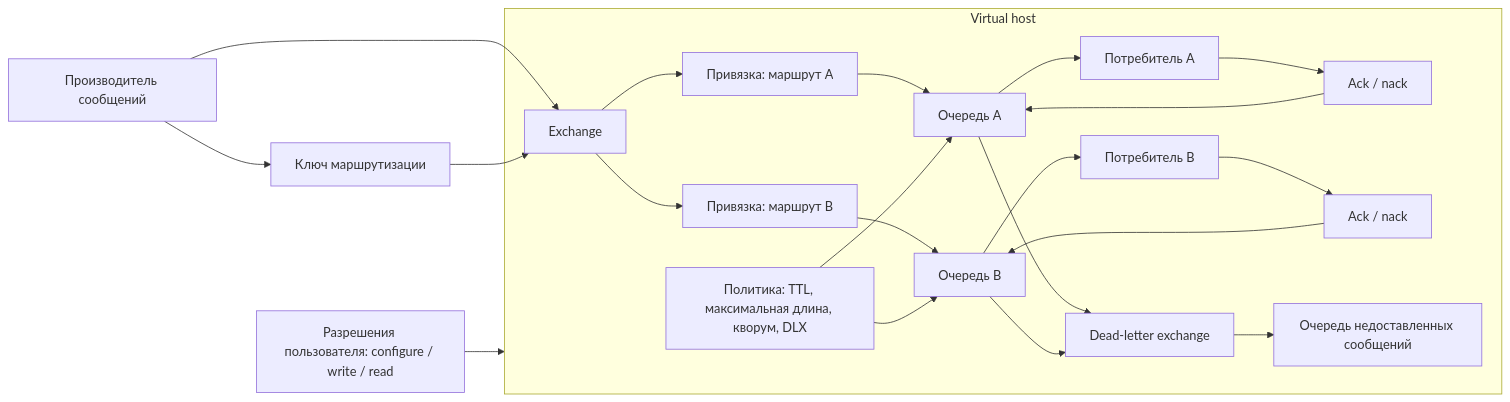
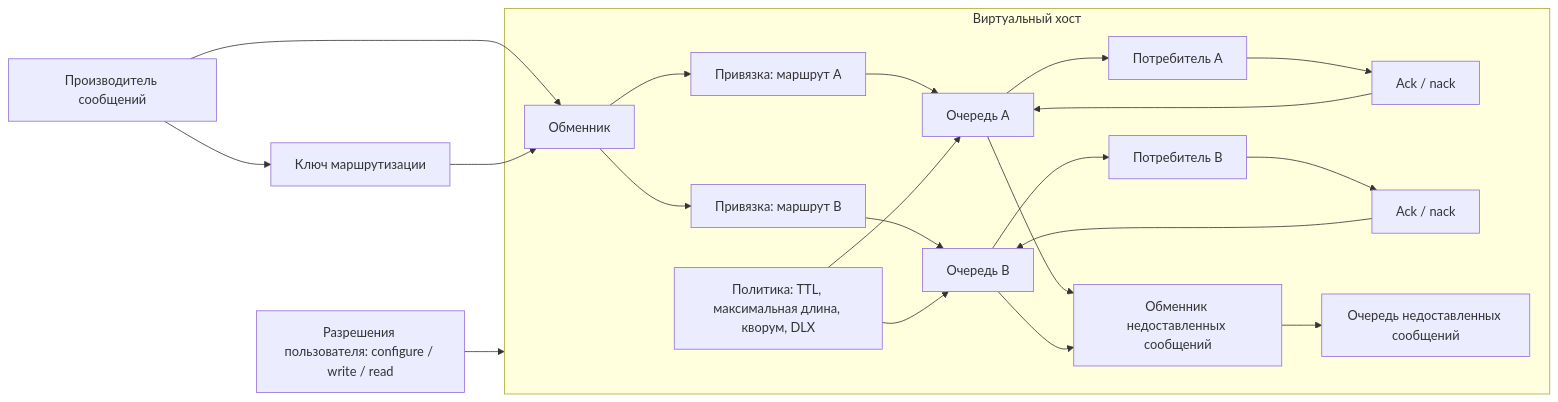
One commit to defrixx/defrixx.github.io changed diagram 17 of 17 in reference/infrastructure-technologies/infrastructure-technologies.ru.md. Above: the diagram before and after it, drawn with Mermaid. The commit also changed other lines of this file and 149 other files, not shown here.

````diff
--- a/reference/infrastructure-technologies/infrastructure-technologies.ru.md
+++ b/reference/infrastructure-technologies/infrastructure-technologies.ru.md
@@ -1149,26 +1422,26 @@
 ```mermaid
 flowchart LR
-  Producer["Производитель сообщений"] --> Exchange["Exchange"]
+  Producer["Производитель сообщений"] --> Exchange["Обменник"]
   Producer --> RoutingKey["Ключ маршрутизации"]
   RoutingKey --> Exchange
 
-  subgraph VHost["Virtual host"]
+  subgraph VHost["Виртуальный хост"]
     Exchange --> BindingA["Привязка: маршрут A"]
     Exchange --> BindingB["Привязка: маршрут B"]
     BindingA --> QueueA["Очередь A"]
     BindingB --> QueueB["Очередь B"]
     QueueA --> ConsumerA["Потребитель A"]
     QueueB --> ConsumerB["Потребитель B"]
     ConsumerA --> AckA["Ack / nack"]
     ConsumerB --> AckB["Ack / nack"]
-    QueueA --> DLX["Dead-letter exchange"]
+    QueueA --> DLX["Обменник недоставленных сообщений"]
     QueueB --> DLX
     DLX --> DLQ["Очередь недоставленных сообщений"]
     Policy["Политика: TTL, максимальная длина, кворум, DLX"] --> QueueA
     Policy --> QueueB
   end
 
   Permissions["Разрешения пользователя: configure / write / read"] --> VHost
   AckA --> QueueA
   AckB --> QueueB
 ```
````
